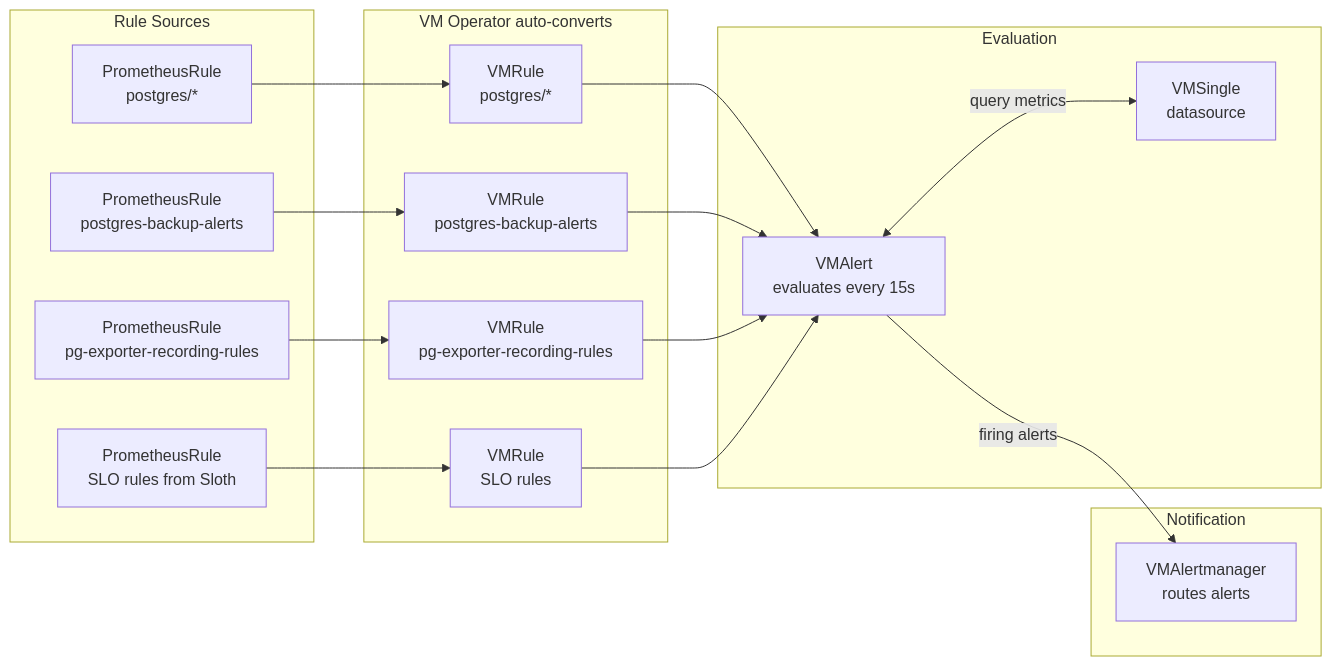
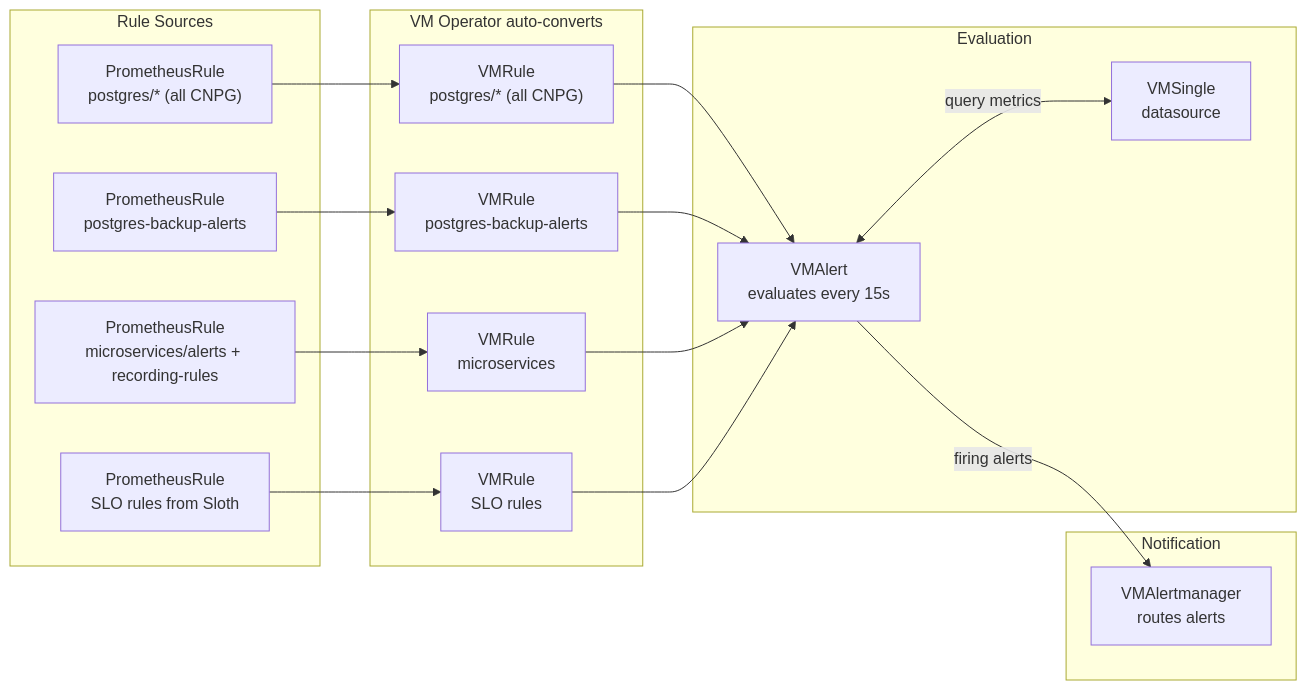
Before and after one commit to duynhlab/homelab: the fifth of 6 diagrams in docs/observability/metrics/victoriametrics.md, drawn with Mermaid. The commit also changed other lines of this file and 243 other files, not shown here.

````diff
--- a/docs/observability/metrics/victoriametrics.md
+++ b/docs/observability/metrics/victoriametrics.md
@@ -494,38 +525,38 @@
 ```mermaid
 flowchart LR
     subgraph rules ["Rule Sources"]
-        PR1["PrometheusRule<br/>postgres/*"]
+        PR1["PrometheusRule<br/>postgres/* (all CNPG)"]
         PR2["PrometheusRule<br/>postgres-backup-alerts"]
-        PR3["PrometheusRule<br/>pg-exporter-recording-rules"]
+        PR3["PrometheusRule<br/>microservices/alerts + recording-rules"]
         SlothPR["PrometheusRule<br/>SLO rules from Sloth"]
     end
 
     subgraph autoConv2 ["VM Operator auto-converts"]
-        VMR1["VMRule<br/>postgres/*"]
+        VMR1["VMRule<br/>postgres/* (all CNPG)"]
         VMR2["VMRule<br/>postgres-backup-alerts"]
-        VMR3["VMRule<br/>pg-exporter-recording-rules"]
+        VMR3["VMRule<br/>microservices"]
         VMR4["VMRule<br/>SLO rules"]
     end
 
     subgraph eval ["Evaluation"]
         VMAlert_f["VMAlert<br/>evaluates every 15s"]
         VMSingle_f2["VMSingle<br/>datasource"]
     end
 
     subgraph notify ["Notification"]
         VMAMgr_f["VMAlertmanager<br/>routes alerts"]
     end
 
     PR1 --> VMR1
     PR2 --> VMR2
     PR3 --> VMR3
     SlothPR --> VMR4
 
     VMR1 --> VMAlert_f
     VMR2 --> VMAlert_f
     VMR3 --> VMAlert_f
     VMR4 --> VMAlert_f
 
     VMAlert_f <-->|"query metrics"| VMSingle_f2
     VMAlert_f -->|"firing alerts"| VMAMgr_f
 ```
````
